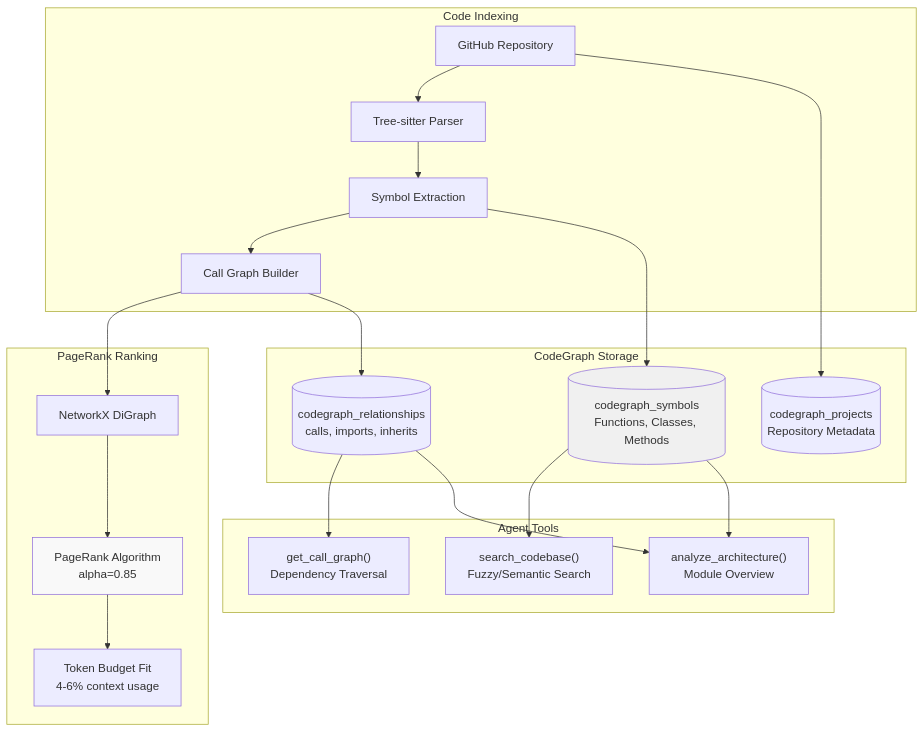
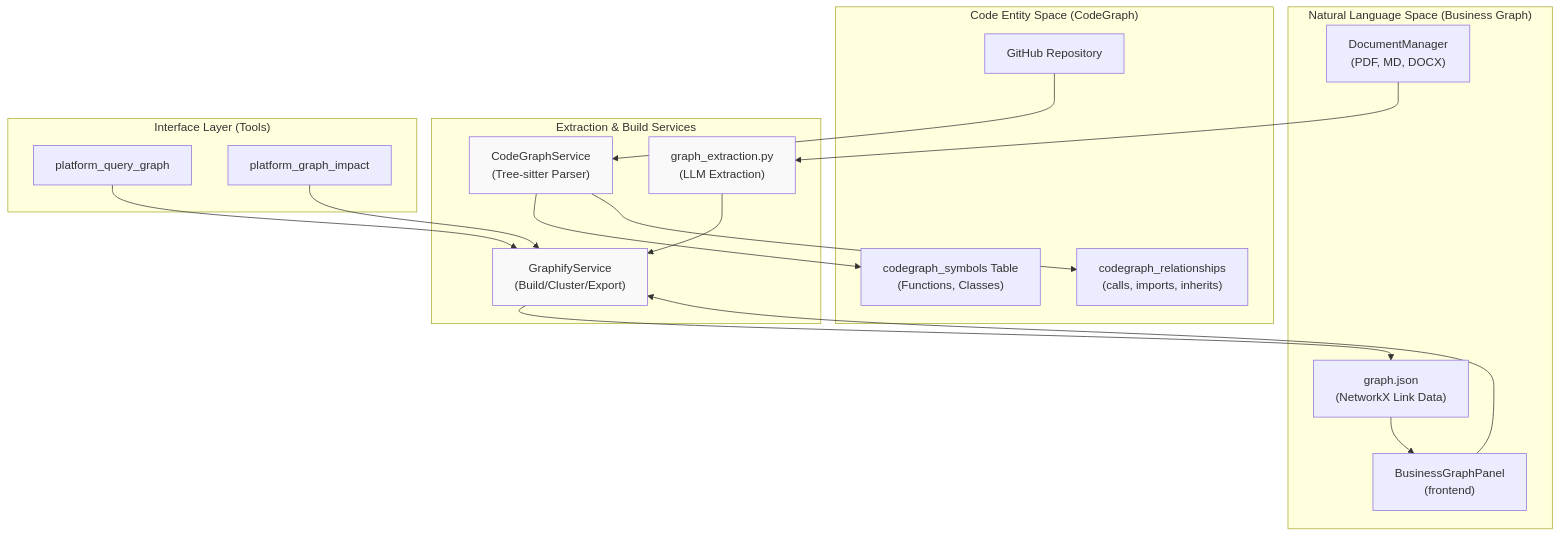
Before and after one commit to AutomatosAI/automatos-ai: the diagram in docs/knowledge-base-rag/knowledge-graph-entity-extraction.md, drawn with Mermaid. The commit also changed other lines of this file and 149 other files, not shown here.

Commit message:
docs: refresh documentation with graphify semantic scan

````diff
--- a/docs/knowledge-base-rag/knowledge-graph-entity-extraction.md
+++ b/docs/knowledge-base-rag/knowledge-graph-entity-extraction.md
@@ -463,47 +55,42 @@
 ```mermaid
 graph TB
-    subgraph "Code Indexing"
-        GitRepo["GitHub Repository"]
-        TreeSitter["Tree-sitter Parser"]
-        SymbolExtractor["Symbol Extraction"]
-        CallGraphBuilder["Call Graph Builder"]
+    subgraph "Natural Language Space (Business Graph)"
+        Docs["DocumentManager<br/>(PDF, MD, DOCX)"]
+        BGP["BusinessGraphPanel<br/>(frontend)"]
+        GraphJSON["graph.json<br/>(NetworkX Link Data)"]
     end
+
+    subgraph "Code Entity Space (CodeGraph)"
+        Repo["GitHub Repository"]
+        Symbols["codegraph_symbols Table<br/>(Functions, Classes)"]
+        Rels["codegraph_relationships<br/>(calls, imports, inherits)"]
+    end
+
+    subgraph "Extraction & Build Services"
+        GS["GraphifyService<br/>(Build/Cluster/Export)"]
+        GE["graph_extraction.py<br/>(LLM Extraction)"]
+        CGS["CodeGraphService<br/>(Tree-sitter Parser)"]
+    end
+
+    Docs --> GE
+    GE --> GS
+    GS --> GraphJSON
+    BGP --> GS
     
-    subgraph "PageRank Ranking"
-        NetworkX["NetworkX DiGraph"]
-        PageRank["PageRank Algorithm<br/>alpha=0.85"]
-        TokenBudget["Token Budget Fit<br/>4-6% context usage"]
+    Repo --> CGS
+    CGS --> Symbols
+    CGS --> Rels
+    
+    subgraph "Interface Layer (Tools)"
+        QueryTool["platform_query_graph"]
+        ImpactTool["platform_graph_impact"]
     end
-    
-    subgraph "CodeGraph Storage"
-        Symbols[("codegraph_symbols<br/>Functions, Classes, Methods")]
-        Relationships[("codegraph_relationships<br/>calls, imports, inherits")]
-        Projects[("codegraph_projects<br/>Repository Metadata")]
-    end
-    
-    subgraph "Agent Tools"
-        SearchCodebase["search_codebase()<br/>Fuzzy/Semantic Search"]
-        GetCallGraph["get_call_graph()<br/>Dependency Traversal"]
-        AnalyzeArch["analyze_architecture()<br/>Module Overview"]
-    end
-    
-    GitRepo --> TreeSitter
-    TreeSitter --> SymbolExtractor
-    SymbolExtractor --> CallGraphBuilder
-    
-    CallGraphBuilder --> NetworkX
-    NetworkX --> PageRank
-    PageRank --> TokenBudget
-    
-    SymbolExtractor --> Symbols
-    CallGraphBuilder --> Relationships
-    GitRepo --> Projects
-    
-    Symbols --> SearchCodebase
-    Relationships --> GetCallGraph
-    Symbols --> AnalyzeArch
-    Relationships --> AnalyzeArch
-    
-    style PageRank fill:#f9f9f9
-    style Symbols fill:#f0f0f0
+
+    QueryTool --> GS
+    ImpactTool --> GS
+    GraphJSON --> BGP
+
+    style GS fill:#f9f9f9
+    style CGS fill:#f9f9f9
+    style GE fill:#f9f9f9
 ```
````
